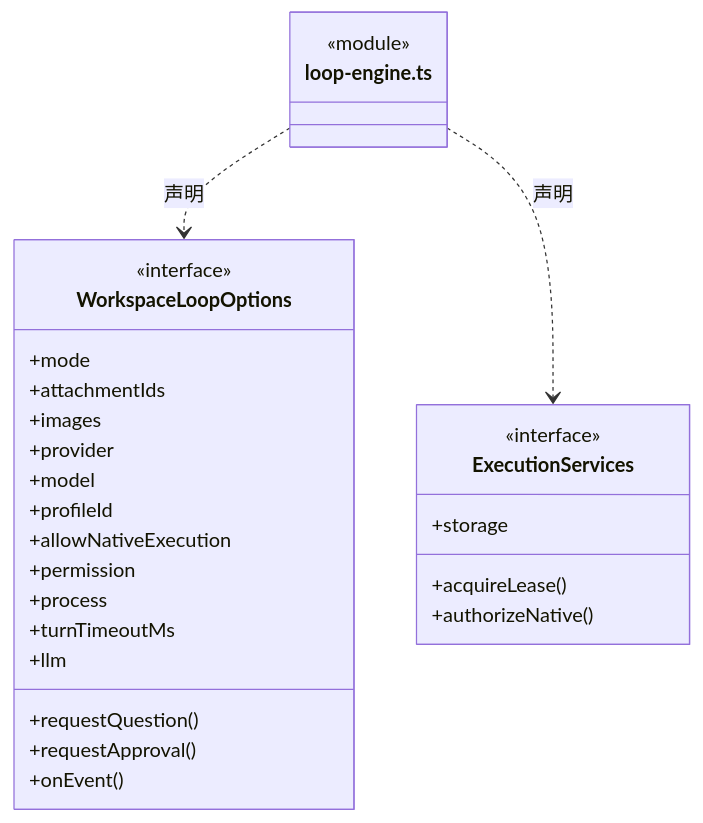
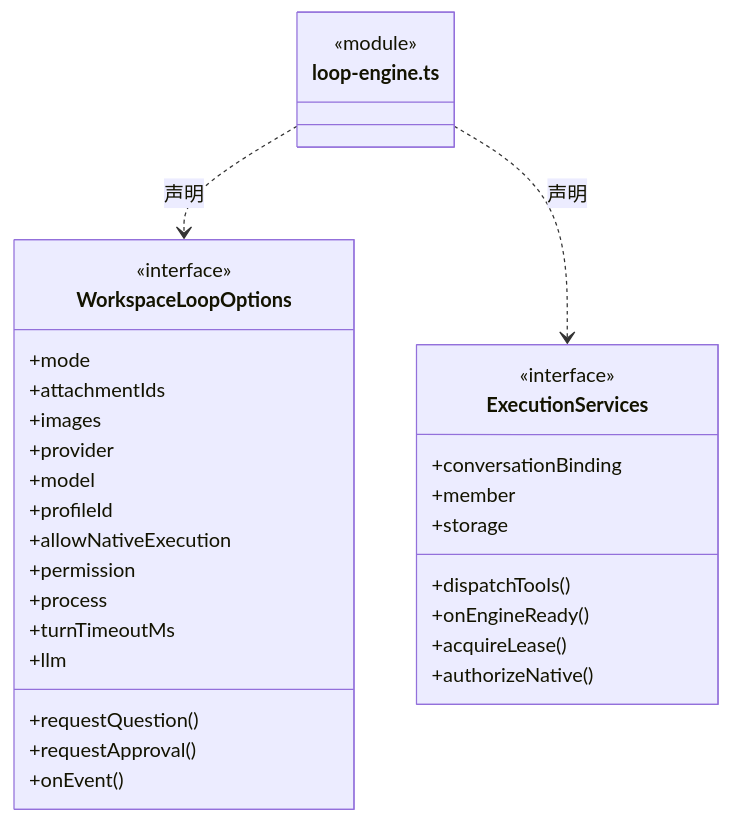
One commit to nan023062/cbim changed diagram 11 of 26 in src/backend/scheduler-engine/execution/ARCHITECTURE.md. Above: the diagram before and after it, drawn with Mermaid. The commit also changed other lines of this file and 240 other files, not shown here.

````diff
--- a/src/backend/scheduler-engine/execution/ARCHITECTURE.md
+++ b/src/backend/scheduler-engine/execution/ARCHITECTURE.md
@@ -103,31 +308,35 @@
 ```mermaid
 classDiagram
 class N_src_backend_scheduler_engine_execution_loop_engine_ts["loop-engine.ts"] {
   <<module>>
 }
 class N_src_backend_scheduler_engine_execution_loop_engine_ts_WorkspaceLoopOptions["WorkspaceLoopOptions"] {
   <<interface>>
   +mode
   +attachmentIds
   +images
   +provider
   +model
   +profileId
   +allowNativeExecution
   +permission
   +requestQuestion()
   +requestApproval()
   +process
   +turnTimeoutMs
   +onEvent()
   +llm
 }
 N_src_backend_scheduler_engine_execution_loop_engine_ts ..> N_src_backend_scheduler_engine_execution_loop_engine_ts_WorkspaceLoopOptions : 声明
 class N_src_backend_scheduler_engine_execution_loop_engine_ts_ExecutionServices["ExecutionServices"] {
   <<interface>>
+  +conversationBinding
+  +dispatchTools()
+  +member
+  +onEngineReady()
   +storage
   +acquireLease()
   +authorizeNative()
 }
 N_src_backend_scheduler_engine_execution_loop_engine_ts ..> N_src_backend_scheduler_engine_execution_loop_engine_ts_ExecutionServices : 声明
 ```
````
